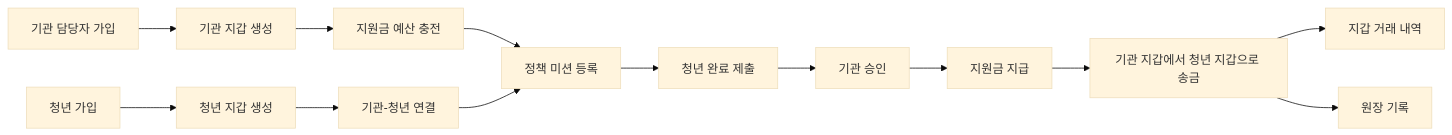
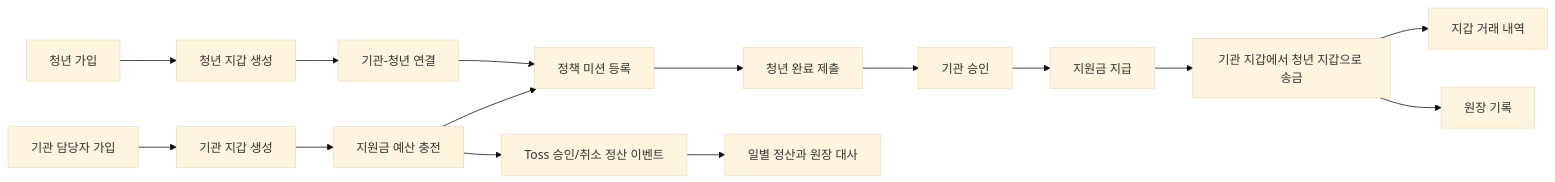
One commit to ohuiseok/PayFlow changed the diagram in docs/payflow-service-planning.md. Above: the diagram before and after it, drawn with Mermaid (base theme). The commit also changed other lines of this file and 71 other files, not shown here.

````diff
--- a/docs/payflow-service-planning.md
+++ b/docs/payflow-service-planning.md
@@ -56,15 +56,17 @@
 ```mermaid
 flowchart LR
     agency[기관 담당자 가입] --> agencyWallet[기관 지갑 생성]
     youth[청년 가입] --> youthWallet[청년 지갑 생성]
     agencyWallet --> charge[지원금 예산 충전]
     youthWallet --> link[기관-청년 연결]
     charge --> mission[정책 미션 등록]
     link --> mission
     mission --> submit[청년 완료 제출]
     submit --> approve[기관 승인]
     approve --> pay[지원금 지급]
     pay --> transfer[기관 지갑에서 청년 지갑으로 송금]
     transfer --> history[지갑 거래 내역]
     transfer --> ledger[원장 기록]
+    charge --> settlementEvent[Toss 승인/취소 정산 이벤트]
+    settlementEvent --> settlement[일별 정산과 원장 대사]
 ```
````
